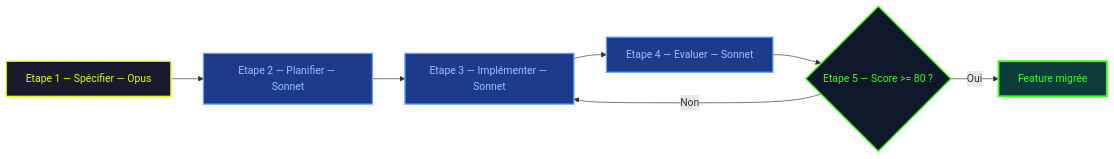
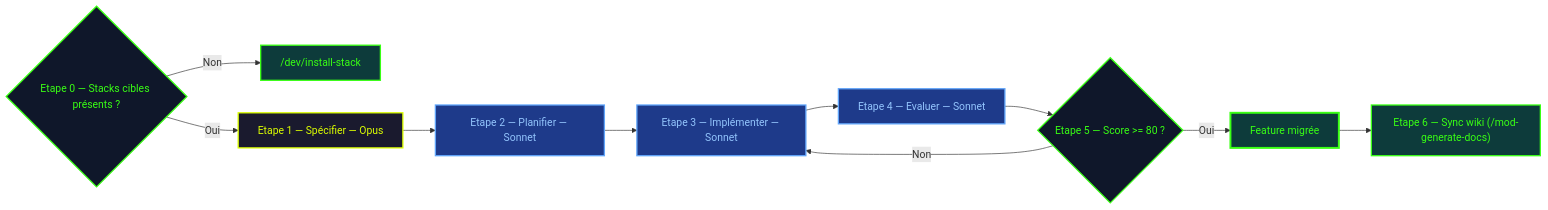
One commit to fondative/claude-code-ecosystem changed the seventh of 15 diagrams in docs/guide/methodology.md. Above: the diagram before and after it, drawn with Mermaid. The commit also changed other lines of this file and 260 other files, not shown here.

````diff
--- a/docs/guide/methodology.md
+++ b/docs/guide/methodology.md
@@ -314,23 +328,32 @@
 ```mermaid
 graph LR
+    Z{"Etape 0 — Stacks cibles présents ?"}
+    INST["/dev/install-stack"]
     S["Etape 1 — Spécifier — Opus"]
     P["Etape 2 — Planifier — Sonnet"]
     I["Etape 3 — Implémenter — Sonnet"]
     C["Etape 4 — Evaluer — Sonnet"]
     Q{"Etape 5 — Score >= 80 ?"}
     OK["Feature migrée"]
+    W["Etape 6 — Sync wiki (/mod-generate-docs)"]
 
+    Z -->|Oui| S
+    Z -->|Non| INST
     S --> P --> I --> C --> Q
     Q -->|Oui| OK
     Q -->|Non| I
+    OK --> W
 
     classDef opus fill:#1a1a2e,stroke:#ddff00,stroke-width:2px,color:#ddff00
     classDef sonnet fill:#1e3a8a,stroke:#60a5fa,stroke-width:2px,color:#93c5fd
     classDef check fill:#0f172a,stroke:#39ff14,stroke-width:2px,color:#39ff14
     classDef done fill:#0d3b3b,stroke:#39ff14,stroke-width:3px,color:#39ff14
 
+    classDef cmd fill:#0d3b3b,stroke:#39ff14,stroke-width:2px,color:#39ff14
+
     class S opus
     class P,I,C sonnet
-    class Q check
+    class Z,Q check
     class OK done
+    class INST,W cmd
 ```
````
